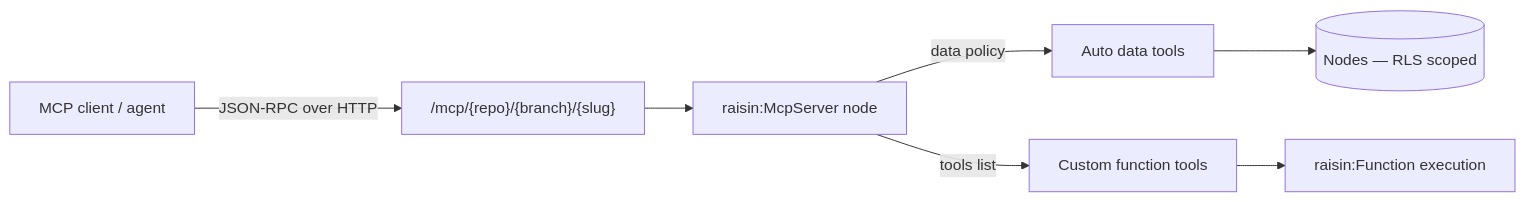
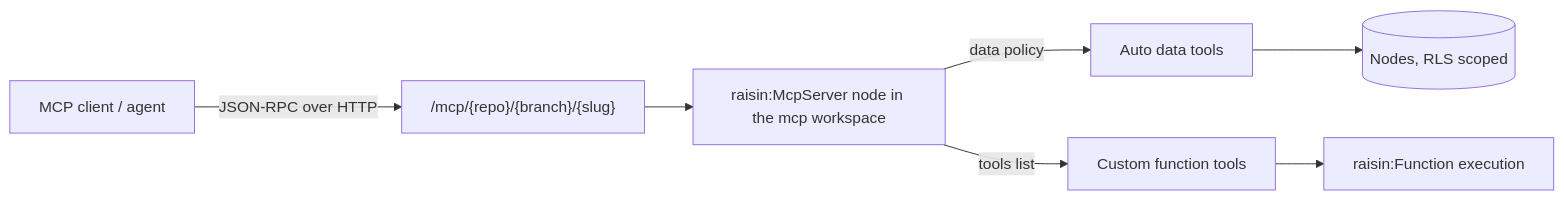
One commit to maravilla-labs/raisindb-website changed the diagram in docs/guides/mcp/overview.md. Above: the diagram before and after it, drawn with Mermaid. The commit also changed other lines of this file and 174 other files, not shown here.

````diff
--- a/docs/guides/mcp/overview.md
+++ b/docs/guides/mcp/overview.md
@@ -40,9 +40,9 @@
 ```mermaid
 flowchart LR
   A[MCP client / agent] -- JSON-RPC over HTTP --> B["/mcp/{repo}/{branch}/{slug}"]
-  B --> C[raisin:McpServer node]
+  B --> C[raisin:McpServer node in the mcp workspace]
   C -->|data policy| D[Auto data tools]
   C -->|tools list| E[Custom function tools]
-  D --> F[(Nodes — RLS scoped)]
+  D --> F[(Nodes, RLS scoped)]
   E --> G[raisin:Function execution]
 ```
````
